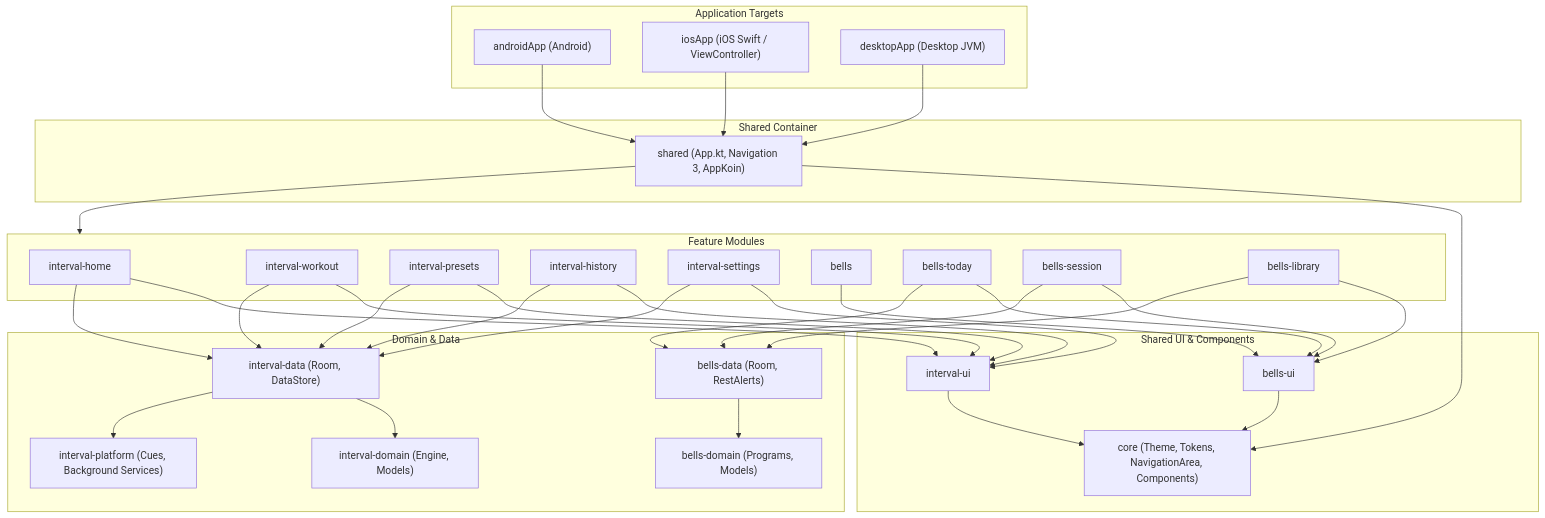
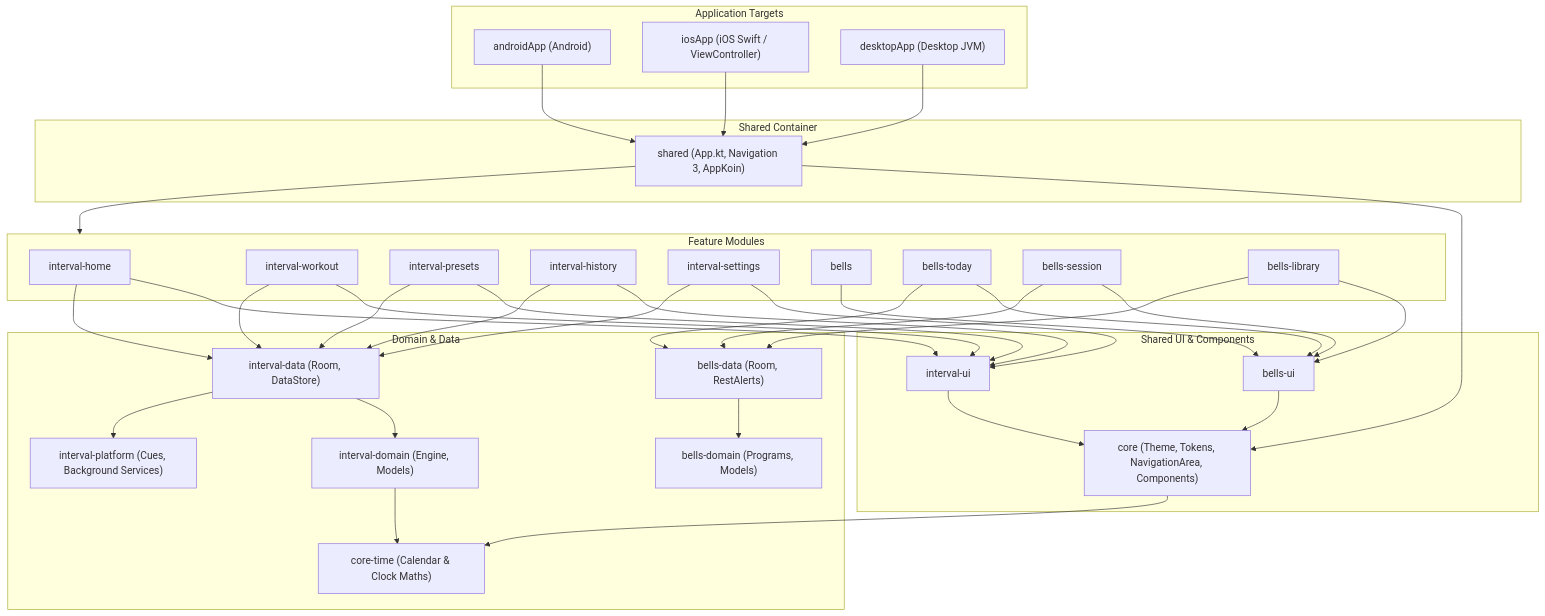
Before and after one commit to smithjustinn84-netizen/interval: the first of 2 diagrams in docs/architecture.md, drawn with Mermaid. The commit also changed other lines of this file and 1 other file, not shown here.

Commit message:
Docs: core-time in the module table and the architecture graph, shared binds IntervalActivity, PlanAlarms records in a DataStore

````diff
--- a/docs/architecture.md
+++ b/docs/architecture.md
@@ -17,73 +17,76 @@
 ```mermaid
 graph TD
     subgraph Applications ["Application Targets"]
         AndroidApp["androidApp (Android)"]
         IOSApp["iosApp (iOS Swift / ViewController)"]
         DesktopApp["desktopApp (Desktop JVM)"]
     end
 
     subgraph Container ["Shared Container"]
         Shared["shared (App.kt, Navigation 3, AppKoin)"]
     end
 
     subgraph Features ["Feature Modules"]
         Timer["interval-home"]
         Workout["interval-workout"]
         Presets["interval-presets"]
         History["interval-history"]
         Settings["interval-settings"]
         LiftEntry["bells"]
         LiftToday["bells-today"]
         LiftSession["bells-session"]
         LiftLib["bells-library"]
     end
 
     subgraph UI ["Shared UI & Components"]
         IntervalUI["interval-ui"]
         BellsUI["bells-ui"]
         Core["core (Theme, Tokens, NavigationArea, Components)"]
     end
 
     subgraph DomainData ["Domain & Data"]
         IntervalData["interval-data (Room, DataStore)"]
         IntervalDomain["interval-domain (Engine, Models)"]
+        CoreTime["core-time (Calendar & Clock Maths)"]
         BellsData["bells-data (Room, RestAlerts)"]
         BellsDomain["bells-domain (Programs, Models)"]
         IntervalPlatform["interval-platform (Cues, Background Services)"]
     end
 
     AndroidApp --> Shared
     IOSApp --> Shared
     DesktopApp --> Shared
 
     Shared --> Features
     Shared --> Core
 
     Timer --> IntervalUI
     Workout --> IntervalUI
     Presets --> IntervalUI
     History --> IntervalUI
     Settings --> IntervalUI
 
     LiftEntry --> BellsUI
     LiftToday --> BellsUI
     LiftSession --> BellsUI
     LiftLib --> BellsUI
 
     IntervalUI --> Core
     BellsUI --> Core
+    Core --> CoreTime
+    IntervalDomain --> CoreTime
 
     Timer --> IntervalData
     Workout --> IntervalData
     Presets --> IntervalData
     History --> IntervalData
     Settings --> IntervalData
 
     LiftToday --> BellsData
     LiftSession --> BellsData
     LiftLib --> BellsData
 
     IntervalData --> IntervalDomain
     BellsData --> BellsDomain
     IntervalData --> IntervalPlatform
 ```
````
